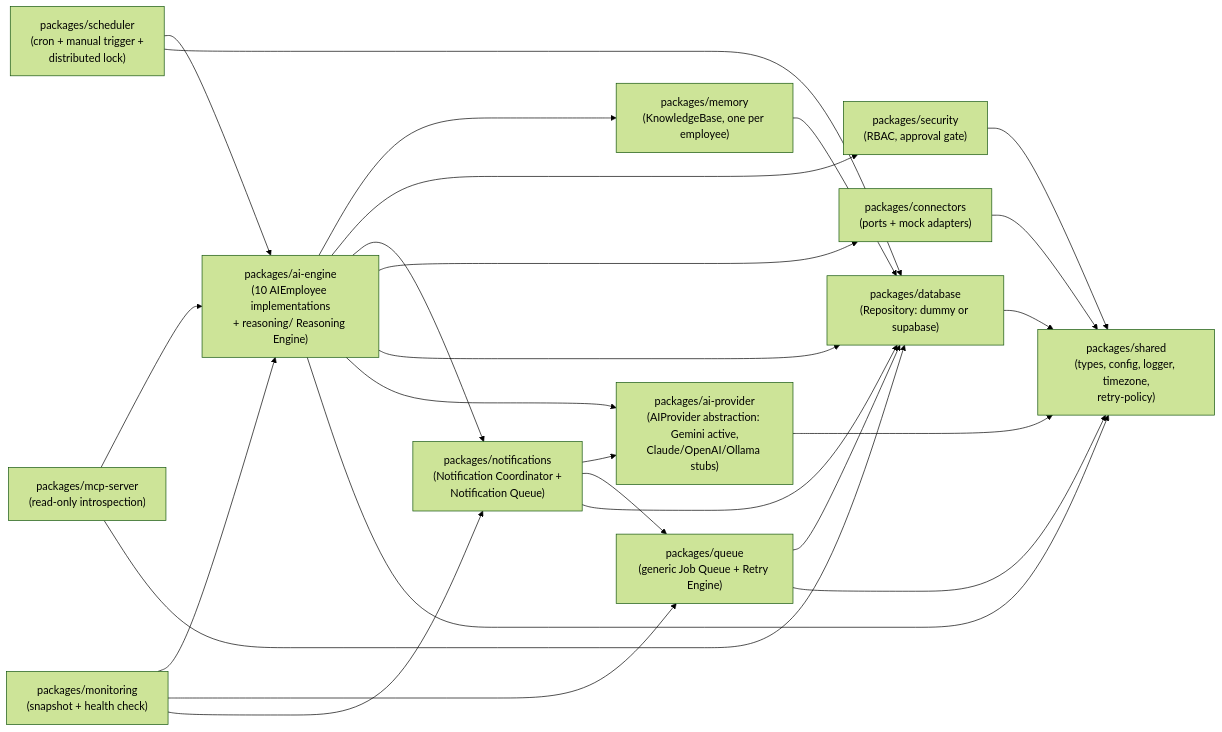
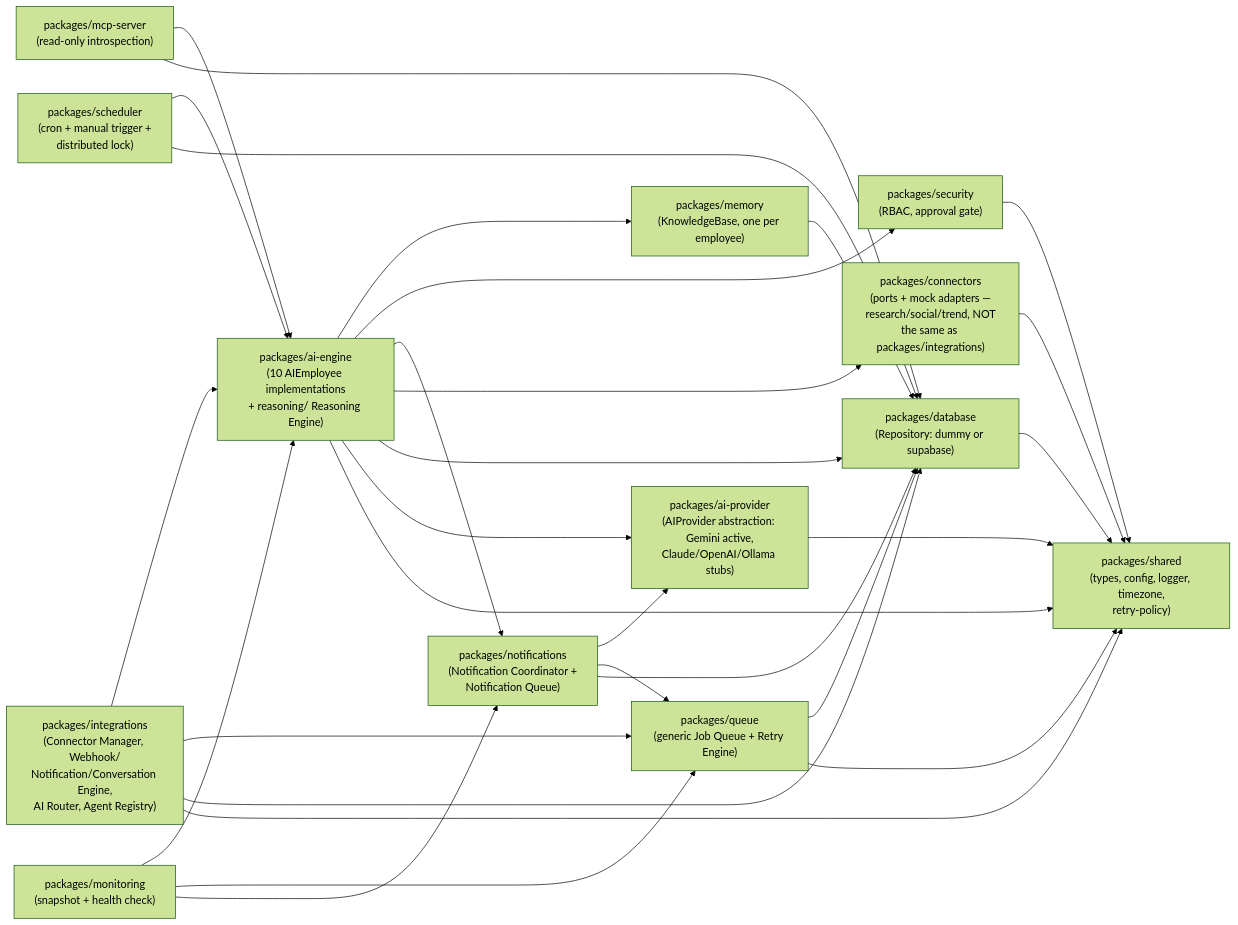
The first of 4 diagrams in docs/ARCHITECTURE.md (loonarsliving/Aiagent), drawn with Mermaid (forest theme) before and after one commit. The commit also changed other lines of this file and 47 other files, not shown here.

````diff
--- a/docs/ARCHITECTURE.md
+++ b/docs/ARCHITECTURE.md
@@ -23,27 +23,31 @@
 ```mermaid
 graph LR
     Scheduler["packages/scheduler<br/>(cron + manual trigger +<br/>distributed lock)"] --> AIEngine["packages/ai-engine<br/>(10 AIEmployee implementations<br/>+ reasoning/ Reasoning Engine)"]
     MCP["packages/mcp-server<br/>(read-only introspection)"] --> AIEngine
     MCP --> DB
     Monitoring["packages/monitoring<br/>(snapshot + health check)"] --> AIEngine
     Monitoring --> Queue
     Monitoring --> Notif
+    Integrations["packages/integrations<br/>(Connector Manager, Webhook/<br/>Notification/Conversation Engine,<br/>AI Router, Agent Registry)"] --> AIEngine
+    Integrations --> Queue
+    Integrations --> DB
     AIEngine --> Memory["packages/memory<br/>(KnowledgeBase, one per employee)"]
     AIEngine --> Security["packages/security<br/>(RBAC, approval gate)"]
     AIEngine --> Notif["packages/notifications<br/>(Notification Coordinator +<br/>Notification Queue)"]
-    AIEngine --> Connectors["packages/connectors<br/>(ports + mock adapters)"]
+    AIEngine --> Connectors["packages/connectors<br/>(ports + mock adapters —<br/>research/social/trend, NOT<br/>the same as packages/integrations)"]
     AIEngine --> DB["packages/database<br/>(Repository: dummy or supabase)"]
     AIEngine --> AIProvider["packages/ai-provider<br/>(AIProvider abstraction: Gemini active,<br/>Claude/OpenAI/Ollama stubs)"]
     Notif --> AIProvider
     Notif --> Queue["packages/queue<br/>(generic Job Queue + Retry Engine)"]
     Queue --> DB
     Scheduler --> DB
     Memory --> DB
     Notif --> DB
     Security --> Shared["packages/shared<br/>(types, config, logger, timezone,<br/>retry-policy)"]
     DB --> Shared
     Connectors --> Shared
     AIEngine --> Shared
     AIProvider --> Shared
     Queue --> Shared
+    Integrations --> Shared
 ```
````
